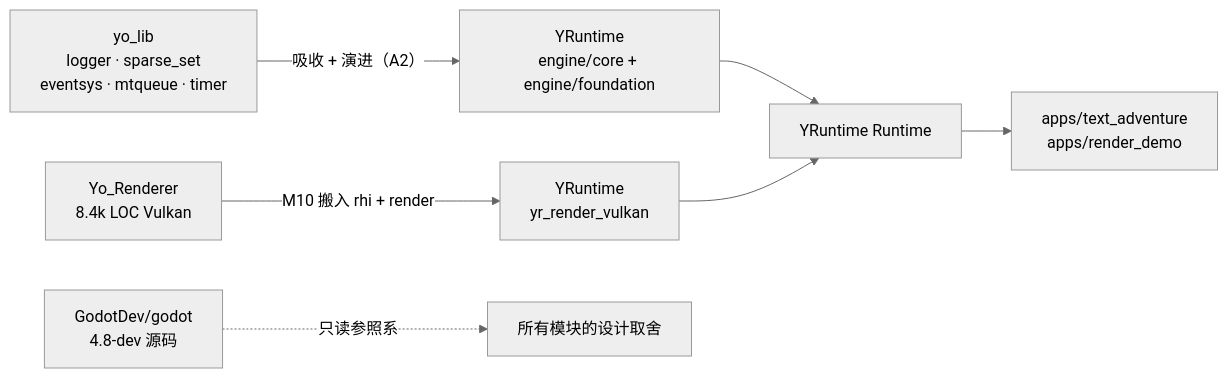
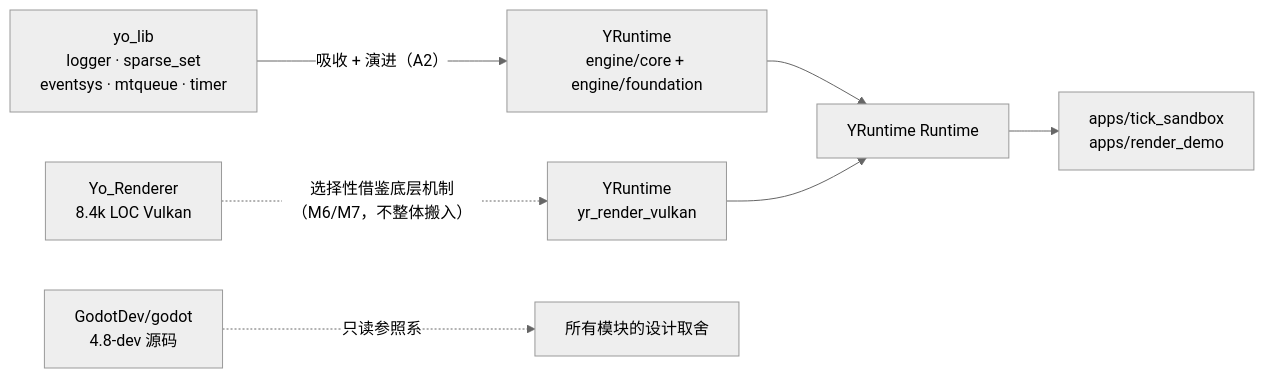
One commit to yoyorm/YRuntime changed the diagram in doc/00-vision.md. Above: the diagram before and after it, drawn with Mermaid (neutral theme). The commit also changed other lines of this file and 19 other files, not shown here.

````diff
--- a/doc/00-vision.md
+++ b/doc/00-vision.md
@@ -154,9 +155,9 @@
 ```mermaid
 graph LR
     YL["yo_lib<br/>logger · sparse_set<br/>eventsys · mtqueue · timer"] -->|"吸收 + 演进（A2）"| CORE["YRuntime<br/>engine/core + engine/foundation"]
-    YR["Yo_Renderer<br/>8.4k LOC Vulkan"] -->|"M10 搬入 rhi + render"| VK["YRuntime<br/>yr_render_vulkan"]
+    YR["Yo_Renderer<br/>8.4k LOC Vulkan"] -.->|"选择性借鉴底层机制（M6/M7，不整体搬入）"| VK["YRuntime<br/>yr_render_vulkan"]
     GD["GodotDev/godot<br/>4.8-dev 源码"] -.->|"只读参照系"| ALL["所有模块的设计取舍"]
     CORE --> RUN["YRuntime Runtime"]
     VK --> RUN
-    RUN --> DEMO["apps/text_adventure<br/>apps/render_demo"]
+    RUN --> DEMO["apps/tick_sandbox<br/>apps/render_demo"]
 ```
````
